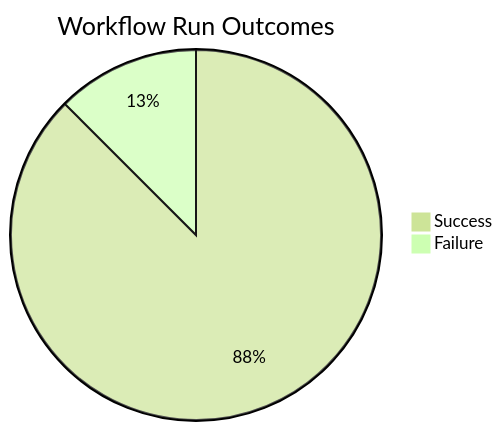
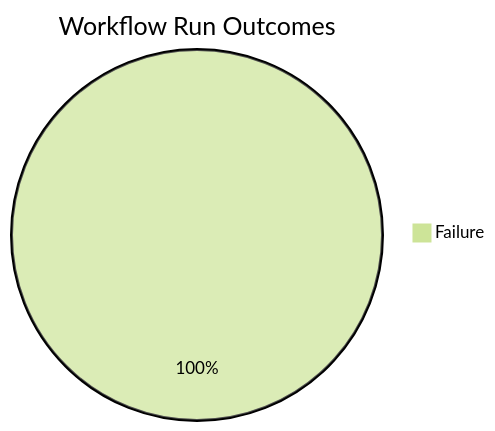
The first of 4 diagrams in docs/ci-cd/dora-summary.md (ukma-cs-ssdm-2025/rate-ukma), drawn with Mermaid (forest theme) before and after one commit. The commit also changed other lines of this file, not shown here.

````diff
--- a/docs/ci-cd/dora-summary.md
+++ b/docs/ci-cd/dora-summary.md
@@ -22,5 +22,4 @@
 ```mermaid
 pie title Workflow Run Outcomes
-    "Success" : 7
-    "Failure" : 1
+    "Failure" : 2
 ```
````
